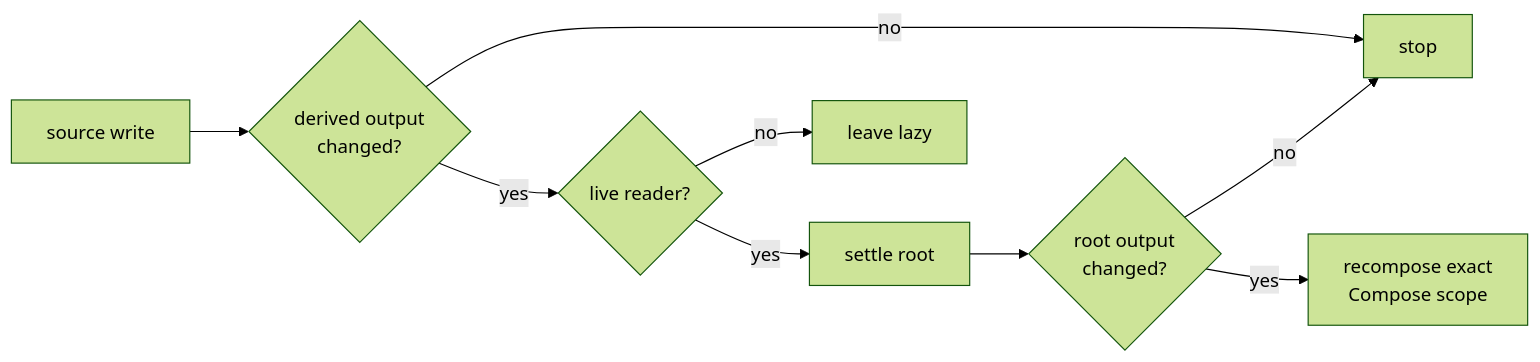
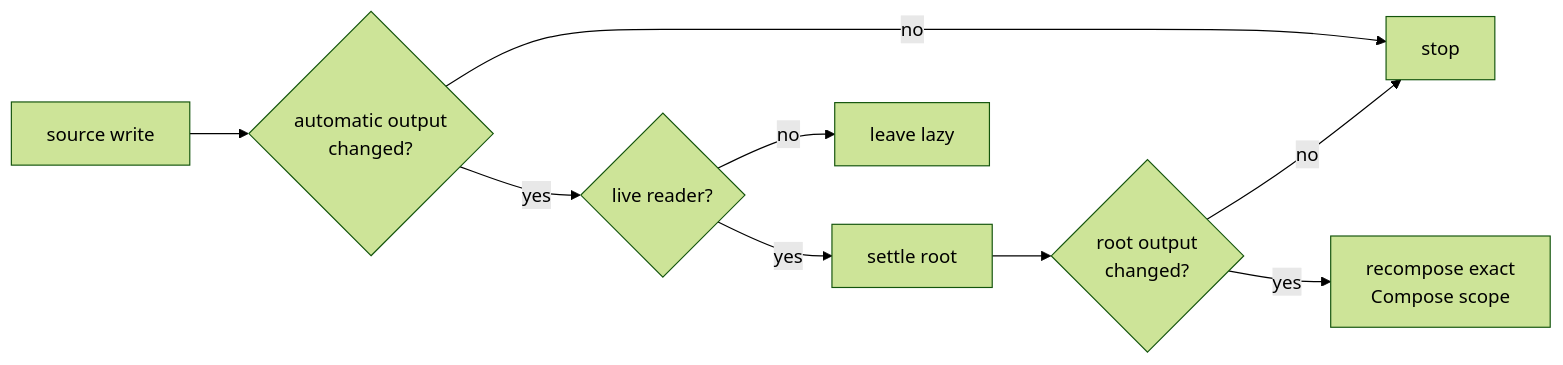
Before and after one commit to skeswa/cog: the first of 2 diagrams in docs/kotlin/perf.md, drawn with Mermaid (forest theme). The commit also changed other lines of this file and 309 other files, not shown here.

````diff
--- a/docs/kotlin/perf.md
+++ b/docs/kotlin/perf.md
@@ -24,11 +28,11 @@
 ```mermaid
 flowchart LR
-    W["source write"] --> D{"derived output<br/>changed?"}
+    W["source write"] --> D{"automatic output<br/>changed?"}
     D -->|no| Stop["stop"]
     D -->|yes| H{"live reader?"}
     H -->|no| Lazy["leave lazy"]
     H -->|yes| U["settle root"]
     U --> E{"root output<br/>changed?"}
     E -->|no| Stop
     E -->|yes| UI["recompose exact<br/>Compose scope"]
 ```
````
